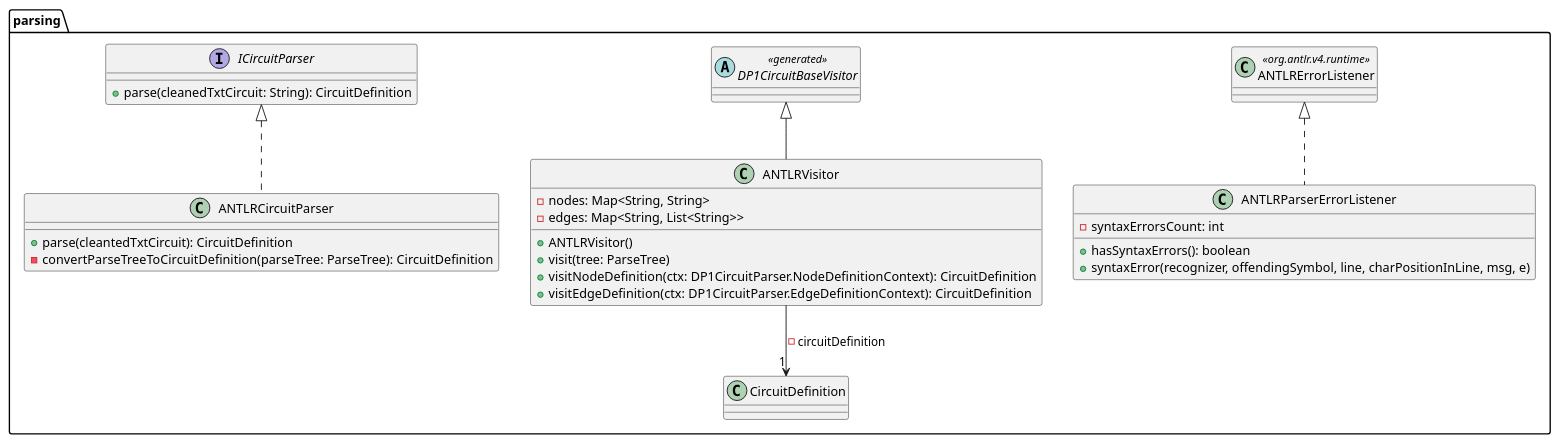
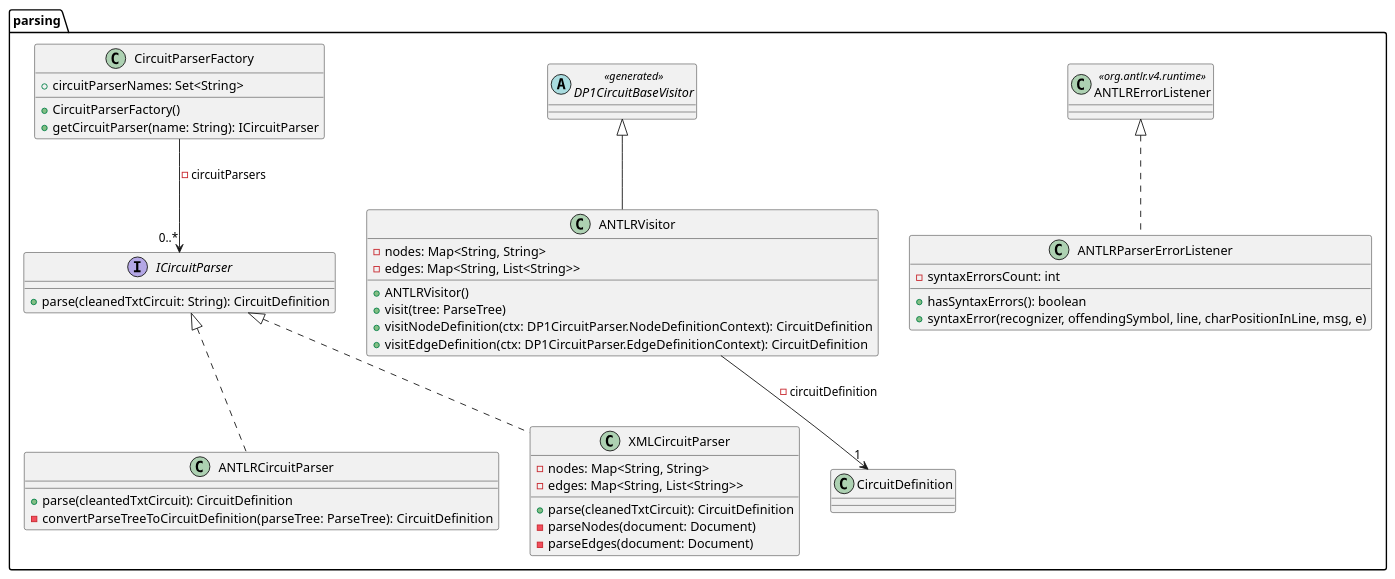
Before and after one commit to stevenliebregt/avans-dp1-sirkwie: the diagram in docs/diagrams/dkd-core-parsing.puml, drawn with PlantUML. The commit also changed 13 other files, not shown here.

Commit message:
updated diagrams

```diff
--- a/docs/diagrams/dkd-core-parsing.puml
+++ b/docs/diagrams/dkd-core-parsing.puml
@@ -1,35 +1,52 @@
 @startuml
 
 package parsing {
     class ANTLRErrorListener <<org.antlr.v4.runtime>>
     abstract class DP1CircuitBaseVisitor <<generated>>
 
     class ANTLRCircuitParser implements ICircuitParser {
         +parse(cleantedTxtCircuit): CircuitDefinition
         -convertParseTreeToCircuitDefinition(parseTree: ParseTree): CircuitDefinition
+    }
+
+    class XMLCircuitParser implements ICircuitParser {
+        -nodes: Map<String, String>
+        -edges: Map<String, List<String>>
+
+        +parse(cleanedTxtCircuit): CircuitDefinition
+        -parseNodes(document: Document)
+        -parseEdges(document: Document)
     }
 
     class ANTLRParserErrorListener implements ANTLRErrorListener {
         -syntaxErrorsCount: int
 
         +hasSyntaxErrors(): boolean
         +syntaxError(recognizer, offendingSymbol, line, charPositionInLine, msg, e)
     }
 
     class ANTLRVisitor extends DP1CircuitBaseVisitor {
         -nodes: Map<String, String>
         -edges: Map<String, List<String>>
 
         +ANTLRVisitor()
         +visit(tree: ParseTree)
         +visitNodeDefinition(ctx: DP1CircuitParser.NodeDefinitionContext): CircuitDefinition
         +visitEdgeDefinition(ctx: DP1CircuitParser.EdgeDefinitionContext): CircuitDefinition
     }
     ANTLRVisitor --> "1" CircuitDefinition : -circuitDefinition
 
+    class CircuitParserFactory {
+        +circuitParserNames: Set<String>
+
+        +CircuitParserFactory()
+        +getCircuitParser(name: String): ICircuitParser
+    }
+    CircuitParserFactory --> "0..*" ICircuitParser : -circuitParsers
+
     interface ICircuitParser {
         +parse(cleanedTxtCircuit: String): CircuitDefinition
     }
 }
 
 @enduml
```
